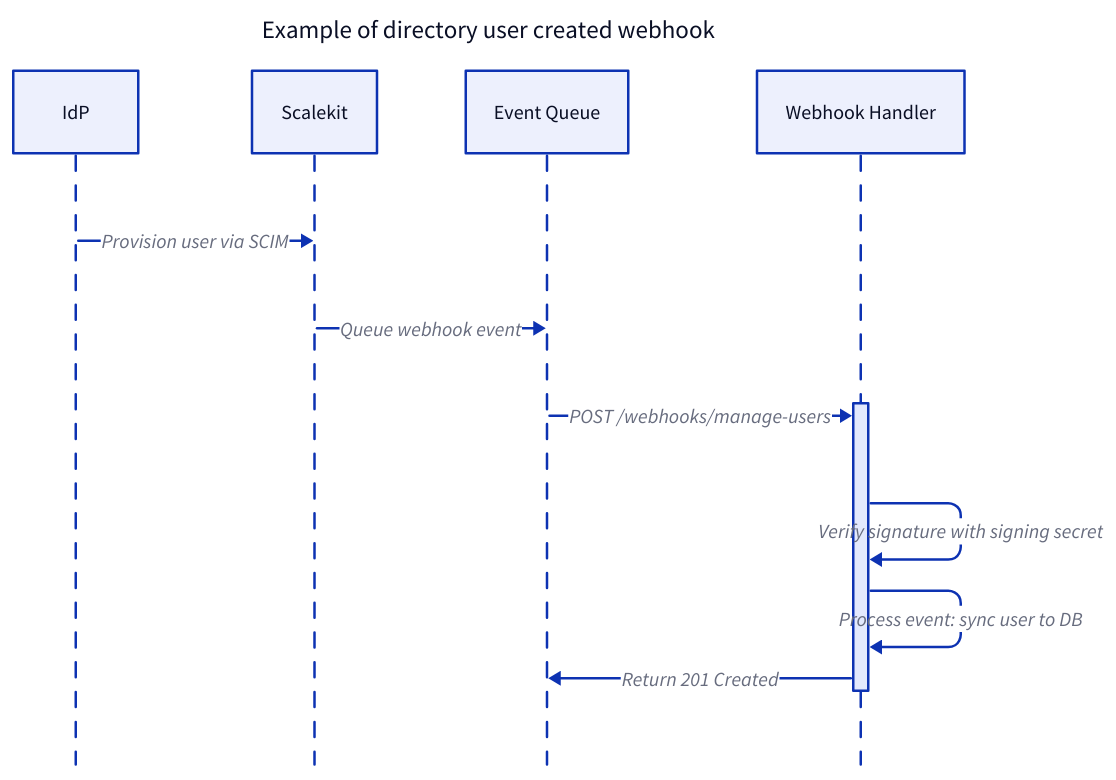
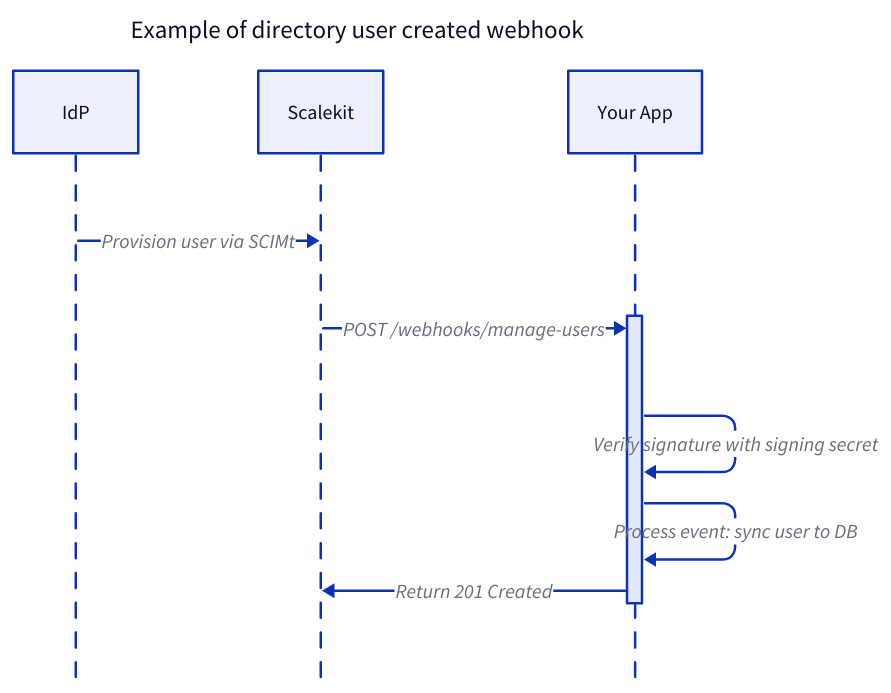
The diagram in src/content/docs/authenticate/implement-workflows/implement-webhooks.mdx (scalekit-inc/developer-docs), drawn with D2 before and after one commit. The commit also changed 1 other file, not shown here.

Commit message:
fix: update SVG and MDX for webhook implementation example

````diff
--- a/src/content/docs/authenticate/implement-workflows/implement-webhooks.mdx
+++ b/src/content/docs/authenticate/implement-workflows/implement-webhooks.mdx
@@ -39,18 +39,17 @@
 ```d2 pad=50
 title: "Example of directory user created webhook" {
   near: top-center
   shape: text
   style.font-size: 20
 }
 
 shape: sequence_diagram
 
-IdP -> Scalekit: Provision user via SCIM
-Scalekit -> Event Queue: Queue webhook event
-Webhook Handler: {
-Event Queue -> Your App: POST /webhooks/manage-users
+IdP -> Scalekit: Provision user via SCIMt
+Your App: {
+Scalekit -> Your App: POST /webhooks/manage-users
 Your App -> Your App: Verify signature with signing secret
 Your App -> Your App: Process event: sync user to DB
-Your App -> Event Queue: Return 201 Created
+Your App -> Scalekit: Return 201 Created
 }
 ```
````
